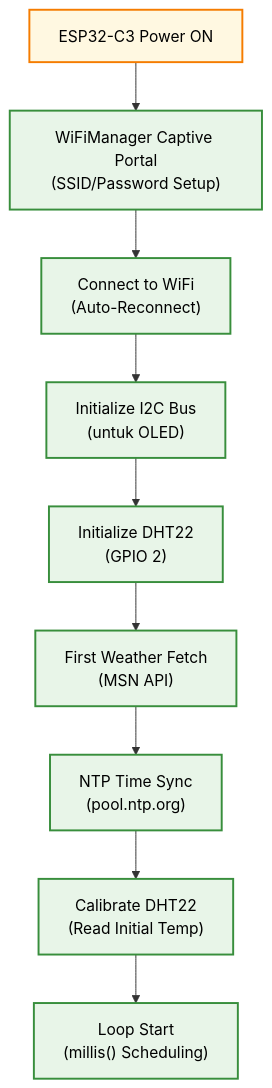
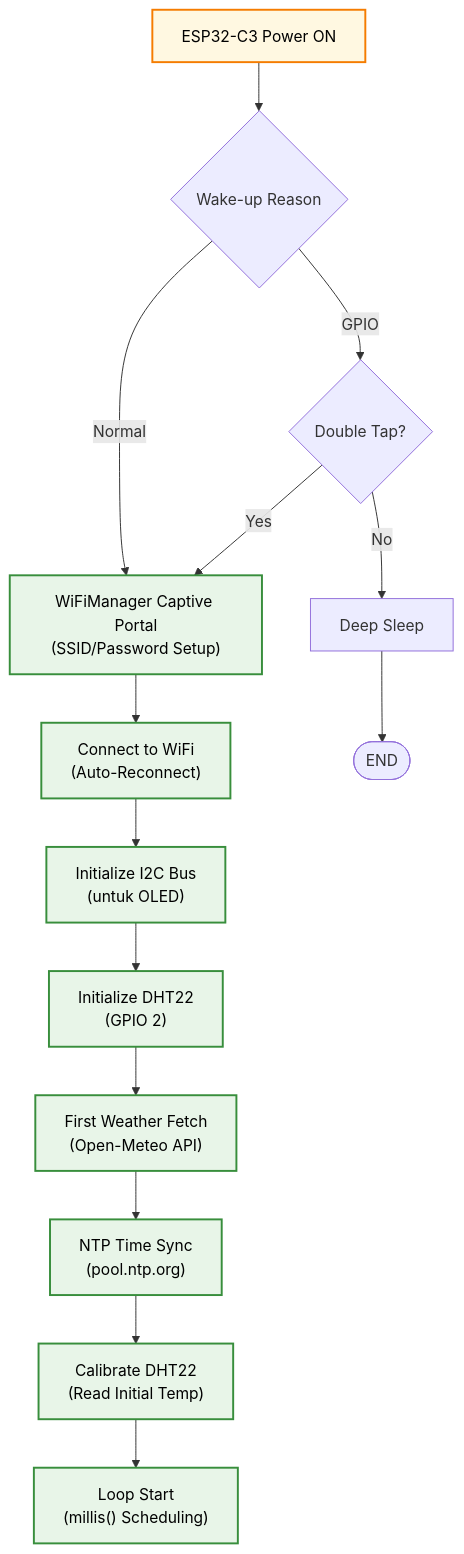
Before and after one commit to ficrammanifur/esp32-mini-weather-station: the second of 2 diagrams in README.md, drawn with Mermaid. The commit also changed other lines of this file, not shown here.

````diff
--- a/README.md
+++ b/README.md
@@ -278,24 +273,34 @@
 ```mermaid
 flowchart TD
     POWER_ON["ESP32-C3 Power ON"]
+    WAKE_CHECK{"Wake-up Reason"}
+    SLEEP["Deep Sleep"]
+    DOUBLE_TAP{"Double Tap?"}
     WIFI_SETUP["WiFiManager Captive Portal<br/>(SSID/Password Setup)"]
     CONNECT_WIFI["Connect to WiFi<br/>(Auto-Reconnect)"]
     INIT_OLED["Initialize I2C Bus<br/>(untuk OLED)"]
     INIT_DHT["Initialize DHT22<br/>(GPIO 2)"]
-    FETCH_FIRST["First Weather Fetch<br/>(MSN API)"]
+    FETCH_FIRST["First Weather Fetch<br/>(Open-Meteo API)"]
     SYNC_TIME["NTP Time Sync<br/>(pool.ntp.org)"]
     CALIB_DHT["Calibrate DHT22<br/>(Read Initial Temp)"]
     READY["Loop Start<br/>(millis() Scheduling)"]
-    POWER_ON --> WIFI_SETUP
+    
+    POWER_ON --> WAKE_CHECK
+    WAKE_CHECK -->|GPIO| DOUBLE_TAP
+    WAKE_CHECK -->|Normal| WIFI_SETUP
+    DOUBLE_TAP -->|No| SLEEP
+    DOUBLE_TAP -->|Yes| WIFI_SETUP
+    SLEEP --> END([END])
     WIFI_SETUP --> CONNECT_WIFI
     CONNECT_WIFI --> INIT_OLED
     INIT_OLED --> INIT_DHT
     INIT_DHT --> FETCH_FIRST
     FETCH_FIRST --> SYNC_TIME
     SYNC_TIME --> CALIB_DHT
     CALIB_DHT --> READY
+    
     classDef init fill:#e8f5e8,stroke:#388e3c,stroke-width:2px,color:#000
     classDef power fill:#fff8e1,stroke:#f57c00,stroke-width:2px,color:#000
     class POWER_ON power
     class WIFI_SETUP,CONNECT_WIFI,INIT_OLED,INIT_DHT,FETCH_FIRST,SYNC_TIME,CALIB_DHT,READY init
 ```
````
